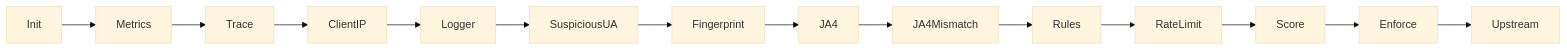
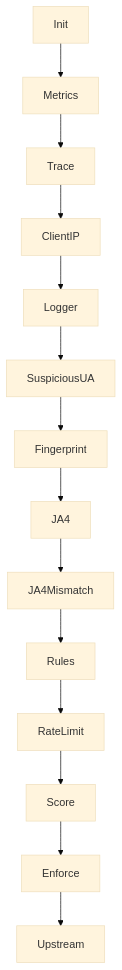
Before and after one commit to fharias/guardian-scrapy: the second of 10 diagrams in README.md, drawn with Mermaid (base theme).

Commit message:
Update README to reflect flowchart format change from LR to TD for better visualization

````diff
--- a/README.md
+++ b/README.md
@@ -57,4 +57,5 @@
 ```mermaid
-flowchart LR
-  init[Init] --> mets[Metrics] --> trace[Trace] --> ip[ClientIP] --> logger[Logger] --> ua[SuspiciousUA] --> fp[Fingerprint] --> ja4src[JA4] --> ja4[JA4Mismatch] --> rules[Rules] --> limite[RateLimit] --> score[Score] --> enforce[Enforce] --> origen[Upstream]
+flowchart TD
+  init[Init] --> mets[Metrics] --> trace[Trace] --> ip[ClientIP] --> logger[Logger] --> ua[SuspiciousUA] --> fp[Fingerprint]
+  fp --> ja4src[JA4] --> ja4[JA4Mismatch] --> rules[Rules] --> limite[RateLimit] --> score[Score] --> enforce[Enforce] --> origen[Upstream]
 ```
````
